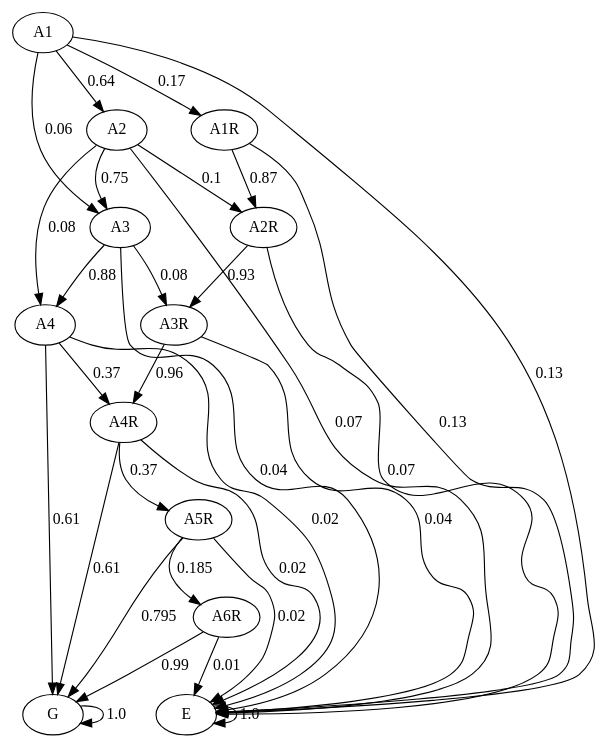
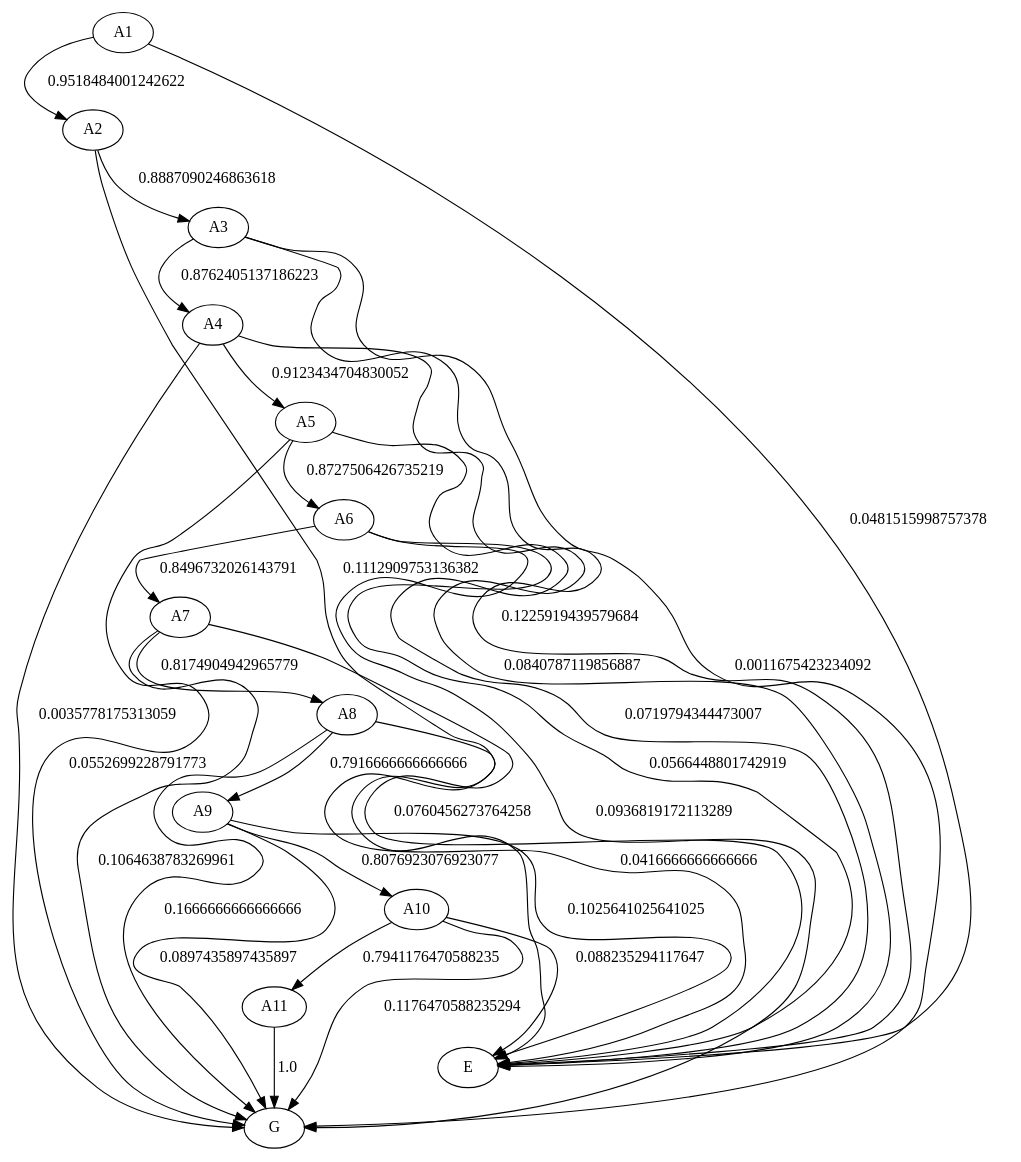
The diagram in graph/markov.dot (JulianaFerreira/educacao), drawn with Graphviz before and after one commit. The commit also changed 5 other files, not shown here.

```diff
--- a/graph/markov.dot
+++ b/graph/markov.dot
@@ -1,44 +1,44 @@
 digraph  {
 A1;
 A2;
 A3;
 A4;
-A1R;
-A2R;
-A3R;
-A4R;
-A5R;
-A6R;
+A5;
+A6;
+A7;
+A8;
+A9;
+A10;
+A11;
 G;
 E;
-A1 -> A2  [key=0, label="0.64", weight="0.64"];
-A1 -> A3  [key=0, label="0.06", weight="0.06"];
-A1 -> A1R  [key=0, label="0.17", weight="0.17"];
-A1 -> E  [key=0, label="0.13", weight="0.13"];
-A2 -> A3  [key=0, label="0.75", weight="0.75"];
-A2 -> A4  [key=0, label="0.08", weight="0.08"];
-A2 -> A2R  [key=0, label="0.1", weight="0.1"];
-A2 -> E  [key=0, label="0.07", weight="0.07"];
-A3 -> A4  [key=0, label="0.88", weight="0.88"];
-A3 -> A3R  [key=0, label="0.08", weight="0.08"];
-A3 -> E  [key=0, label="0.04", weight="0.04"];
-A4 -> A4R  [key=0, label="0.37", weight="0.37"];
-A4 -> G  [key=0, label="0.61", weight="0.61"];
-A4 -> E  [key=0, label="0.02", weight="0.02"];
-A1R -> A2R  [key=0, label="0.87", weight="0.87"];
-A1R -> E  [key=0, label="0.13", weight="0.13"];
-A2R -> A3R  [key=0, label="0.93", weight="0.93"];
-A2R -> E  [key=0, label="0.07", weight="0.07"];
-A3R -> A4R  [key=0, label="0.96", weight="0.96"];
-A3R -> E  [key=0, label="0.04", weight="0.04"];
-A4R -> A5R  [key=0, label="0.37", weight="0.37"];
-A4R -> G  [key=0, label="0.61", weight="0.61"];
-A4R -> E  [key=0, label="0.02", weight="0.02"];
-A5R -> A6R  [key=0, label="0.185", weight="0.185"];
-A5R -> G  [key=0, label="0.795", weight="0.795"];
-A5R -> E  [key=0, label="0.02", weight="0.02"];
-A6R -> G  [key=0, label="0.99", weight="0.99"];
-A6R -> E  [key=0, label="0.01", weight="0.01"];
-G -> G  [key=0, label="1.0", weight="1.0"];
-E -> E  [key=0, label="1.0", weight="1.0"];
+A1 -> A2  [key=0, label="0.9518484001242622", weight="0.9518484001242622"];
+A1 -> E  [key=0, label="0.0481515998757378", weight="0.0481515998757378"];
+A2 -> A3  [key=0, label="0.8887090246863618", weight="0.8887090246863618"];
+A2 -> E  [key=0, label="0.1112909753136382", weight="0.1112909753136382"];
+A3 -> A4  [key=0, label="0.8762405137186223", weight="0.8762405137186223"];
+A3 -> G  [key=0, label="0.0011675423234092", weight="0.0011675423234092"];
+A3 -> E  [key=0, label="0.1225919439579684", weight="0.1225919439579684"];
+A4 -> A5  [key=0, label="0.9123434704830052", weight="0.9123434704830052"];
+A4 -> G  [key=0, label="0.0035778175313059", weight="0.0035778175313059"];
+A4 -> E  [key=0, label="0.0840787119856887", weight="0.0840787119856887"];
+A5 -> A6  [key=0, label="0.8727506426735219", weight="0.8727506426735219"];
+A5 -> G  [key=0, label="0.0552699228791773", weight="0.0552699228791773"];
+A5 -> E  [key=0, label="0.0719794344473007", weight="0.0719794344473007"];
+A6 -> A7  [key=0, label="0.8496732026143791", weight="0.8496732026143791"];
+A6 -> G  [key=0, label="0.0936819172113289", weight="0.0936819172113289"];
+A6 -> E  [key=0, label="0.0566448801742919", weight="0.0566448801742919"];
+A7 -> A8  [key=0, label="0.8174904942965779", weight="0.8174904942965779"];
+A7 -> G  [key=0, label="0.1064638783269961", weight="0.1064638783269961"];
+A7 -> E  [key=0, label="0.0760456273764258", weight="0.0760456273764258"];
+A8 -> A9  [key=0, label="0.7916666666666666", weight="0.7916666666666666"];
+A8 -> G  [key=0, label="0.1666666666666666", weight="0.1666666666666666"];
+A8 -> E  [key=0, label="0.0416666666666666", weight="0.0416666666666666"];
+A9 -> A10  [key=0, label="0.8076923076923077", weight="0.8076923076923077"];
+A9 -> G  [key=0, label="0.0897435897435897", weight="0.0897435897435897"];
+A9 -> E  [key=0, label="0.1025641025641025", weight="0.1025641025641025"];
+A10 -> A11  [key=0, label="0.7941176470588235", weight="0.7941176470588235"];
+A10 -> G  [key=0, label="0.1176470588235294", weight="0.1176470588235294"];
+A10 -> E  [key=0, label="0.088235294117647", weight="0.088235294117647"];
+A11 -> G  [key=0, label="1.0", weight="1.0"];
 }
```
